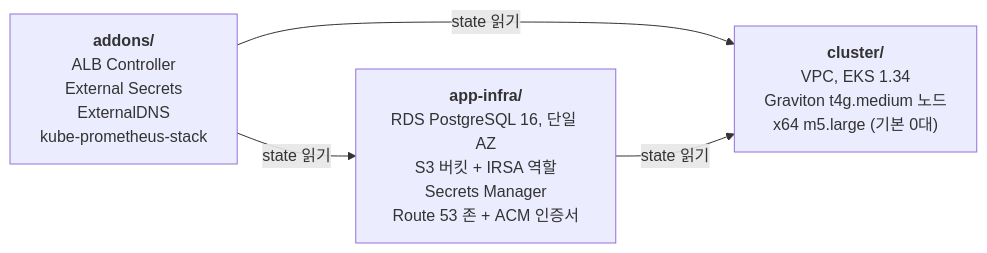
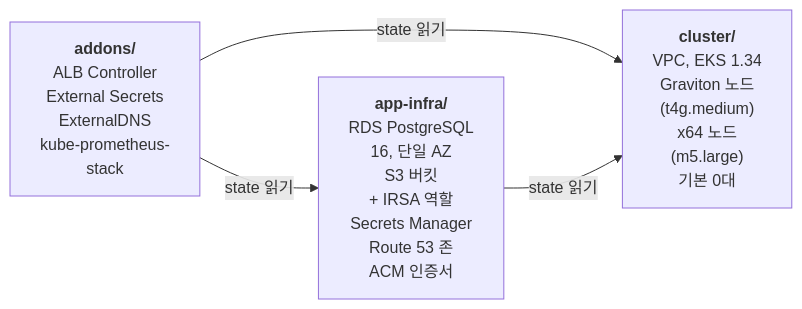
Before and after one commit to Bluecode77732/Upload-Board-Project: the fourth of 4 diagrams in README.ko.md, drawn with Mermaid. The commit also changed 3 other files, not shown here.

````diff
--- a/README.ko.md
+++ b/README.ko.md
@@ -205,9 +205,9 @@
 ```mermaid
 flowchart LR
-  D["<b>addons/</b><br/>ALB Controller<br/>External Secrets<br/>ExternalDNS<br/>kube-prometheus-stack"]
-  A["<b>app-infra/</b><br/>RDS PostgreSQL 16, 단일 AZ<br/>S3 버킷 + IRSA 역할<br/>Secrets Manager<br/>Route 53 존 + ACM 인증서"]
-  C["<b>cluster/</b><br/>VPC, EKS 1.34<br/>Graviton t4g.medium 노드<br/>x64 m5.large (기본 0대)"]
+  D["<b>addons/</b><br/>ALB Controller<br/>External Secrets<br/>ExternalDNS<br/>kube-prometheus-<br/>stack"]
+  A["<b>app-infra/</b><br/>RDS PostgreSQL<br/>16, 단일 AZ<br/>S3 버킷<br/>+ IRSA 역할<br/>Secrets Manager<br/>Route 53 존<br/>ACM 인증서"]
+  C["<b>cluster/</b><br/>VPC, EKS 1.34<br/>Graviton 노드<br/>(t4g.medium)<br/>x64 노드<br/>(m5.large)<br/>기본 0대"]
   D -- "state 읽기" --> A
   D -- "state 읽기" --> C
   A -- "state 읽기" --> C
 ```
````
